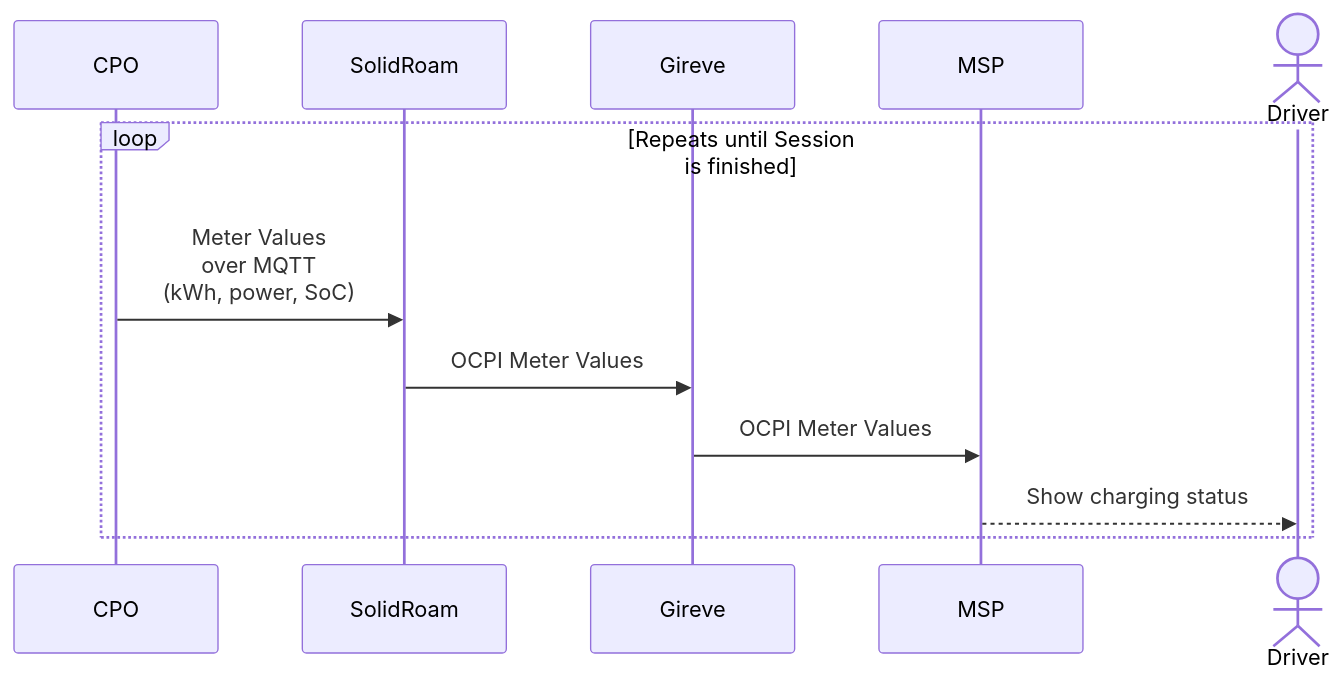
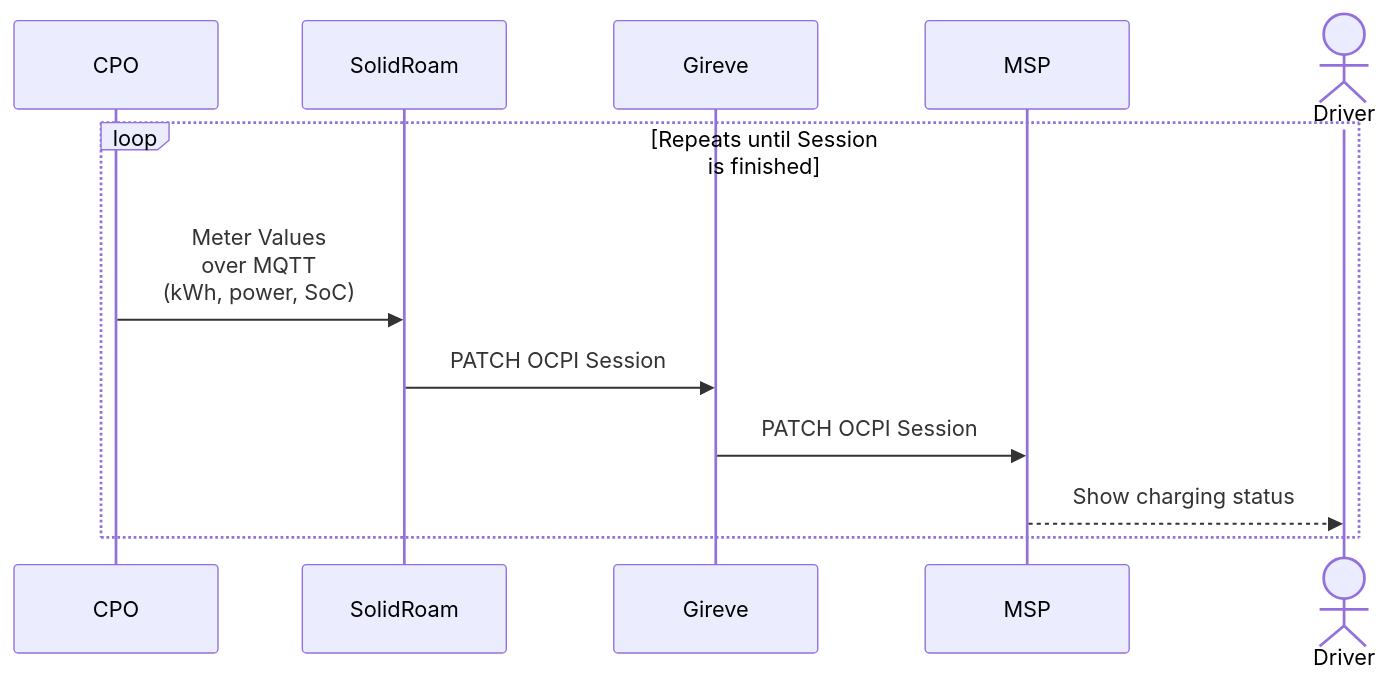
Before and after one commit to erkkiat/ocpi: the third of 4 diagrams in documentation/charging.md, drawn with Mermaid. The commit also changed other lines of this file, not shown here.

````diff
--- a/documentation/charging.md
+++ b/documentation/charging.md
@@ -81,15 +88,15 @@
 ```mermaid
 sequenceDiagram
     participant CPO
     participant SolidRoam
     participant Gireve
     participant MSP
     actor Driver
     
     loop Repeats until Session is finished
         CPO->>SolidRoam: Meter Values <br/> over MQTT <br/> (kWh, power, SoC)
-        SolidRoam->>Gireve: OCPI Meter Values
-        Gireve->>MSP: OCPI Meter Values
+        SolidRoam->>Gireve: PATCH OCPI Session
+        Gireve->>MSP: PATCH OCPI Session
         MSP-->>Driver: Show charging status
     end
 ```
````
